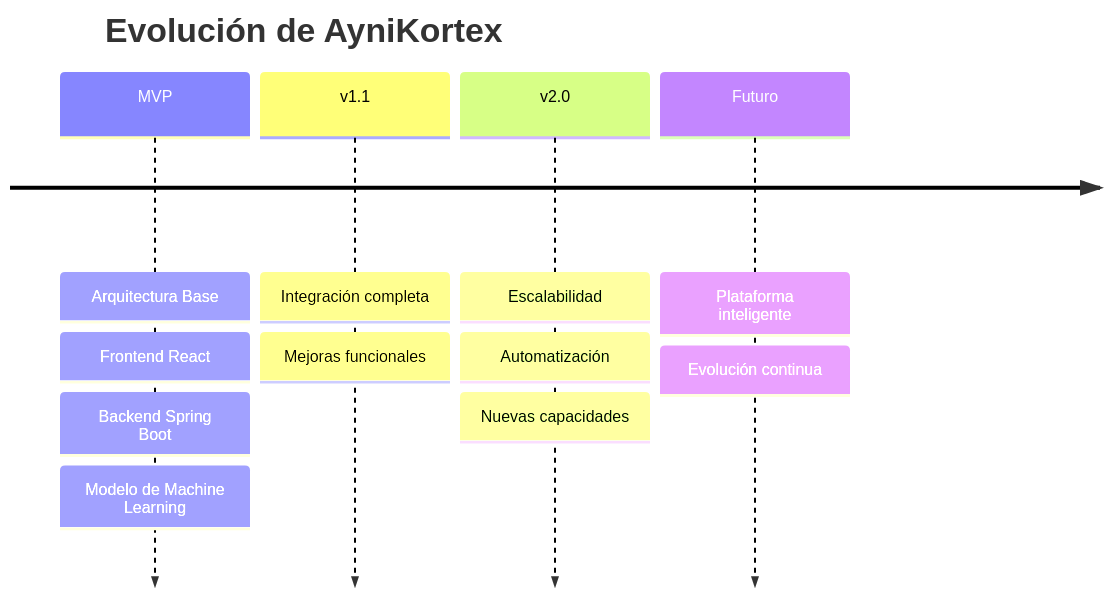
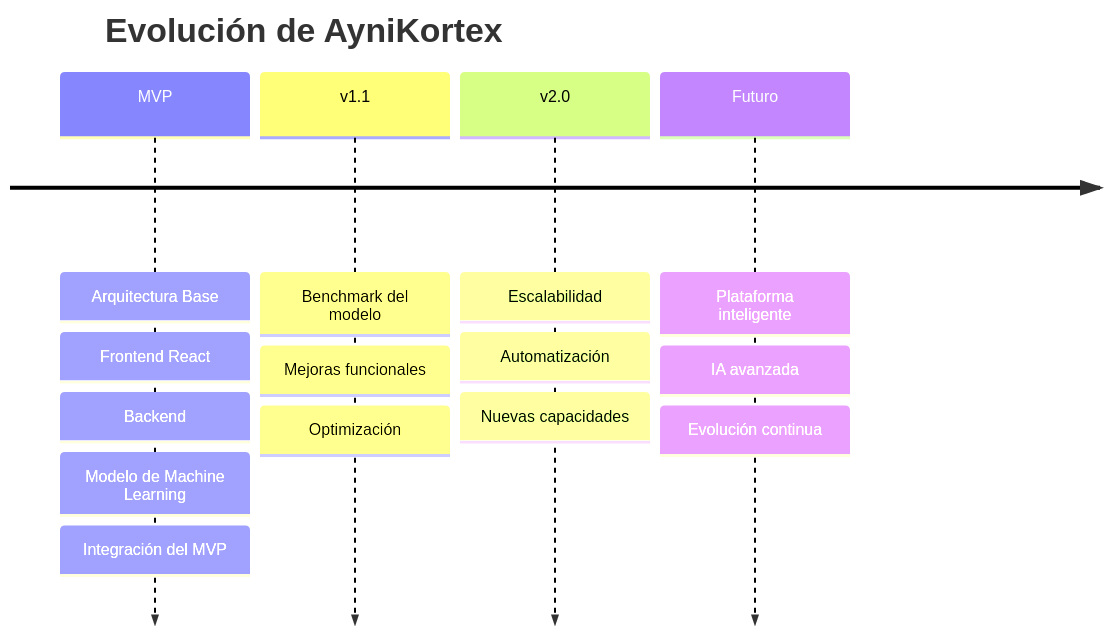
Before and after one commit to No-Country-simulation/g9-latam-team16-techmind: the diagram in docs/ROADMAP/Technical-Roadmap.md, drawn with Mermaid. The commit also changed other lines of this file and 3 other files, not shown here.

Commit message:
docs: actualiza roadmap y agrega benchmark experimental

````diff
--- a/docs/ROADMAP/Technical-Roadmap.md
+++ b/docs/ROADMAP/Technical-Roadmap.md
@@ -34,19 +34,22 @@
 ```mermaid
 timeline
     title Evolución de AyniKortex
 
     MVP : Arquitectura Base
         : Frontend React
-        : Backend Spring Boot
+        : Backend
         : Modelo de Machine Learning
+        : Integración del MVP
 
-    v1.1 : Integración completa
+    v1.1 : Benchmark del modelo
          : Mejoras funcionales
+         : Optimización
 
     v2.0 : Escalabilidad
          : Automatización
          : Nuevas capacidades
 
     Futuro : Plataforma inteligente
+            : IA avanzada
             : Evolución continua
 ```
````
